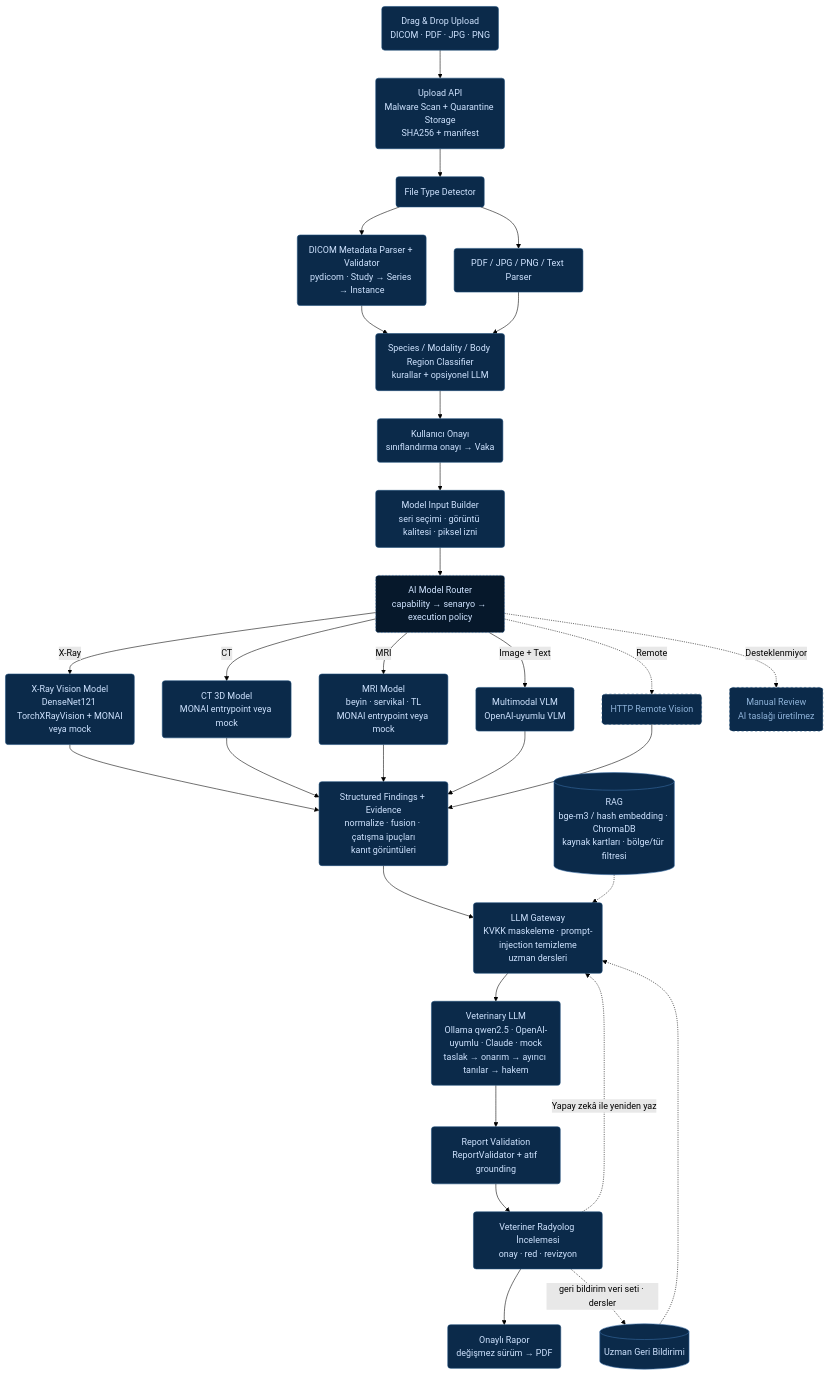
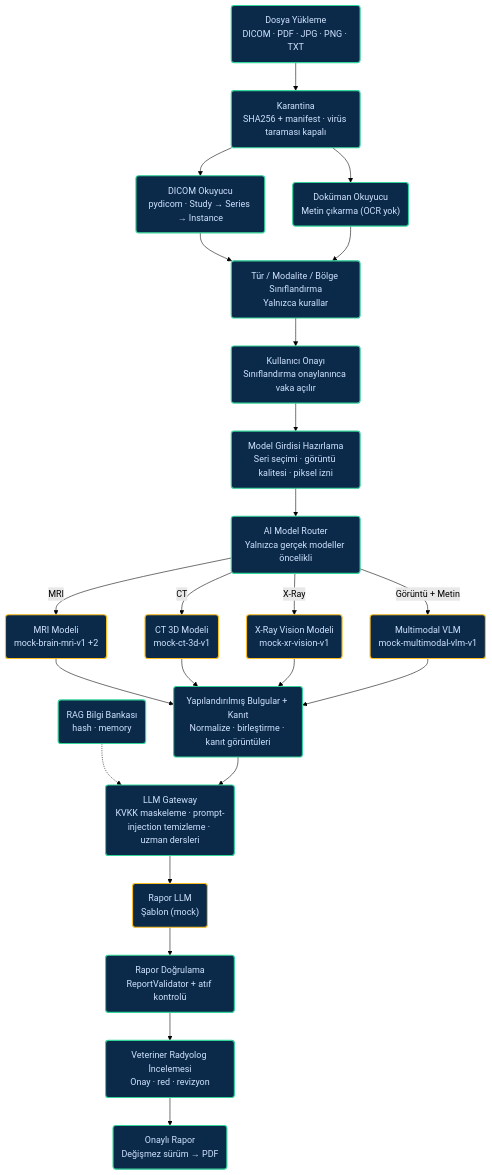
One commit to alperen585858/vetmind-ai changed the diagram in docs/AI_MIMARISI.md. Above: the diagram before and after it, drawn with Mermaid (forest theme). The commit also changed other lines of this file and 8 other files, not shown here.

First line of the commit message:
feat(architecture): diagram generated from code; GitHub keeps the doc in sync

````diff
--- a/docs/AI_MIMARISI.md
+++ b/docs/AI_MIMARISI.md
@@ -5,44 +11,50 @@
 ```mermaid
 flowchart TD
-    A("Drag & Drop Upload<br/>DICOM · PDF · JPG · PNG") --> B("Upload API<br/>Malware Scan + Quarantine Storage<br/>SHA256 + manifest")
-    B --> C("File Type Detector")
-    C --> D("DICOM Metadata Parser + Validator<br/>pydicom · Study → Series → Instance")
-    C --> E("PDF / JPG / PNG / Text Parser")
-    D --> F("Species / Modality / Body Region Classifier<br/>kurallar + opsiyonel LLM")
-    E --> F
-    F --> G("Kullanıcı Onayı<br/>sınıflandırma onayı → Vaka")
-    G --> H("Model Input Builder<br/>seri seçimi · görüntü kalitesi · piksel izni")
-    H --> R("AI Model Router<br/>capability → senaryo → execution policy")
-
-    R -->|X-Ray| X("X-Ray Vision Model<br/>DenseNet121 TorchXRayVision + MONAI<br/>veya mock")
-    R -->|CT| CT("CT 3D Model<br/>MONAI entrypoint veya mock")
-    R -->|MRI| M("MRI Model<br/>beyin · servikal · TL<br/>MONAI entrypoint veya mock")
-    R -->|Image + Text| V("Multimodal VLM<br/>OpenAI-uyumlu VLM")
-    R -.->|Remote| HV("HTTP Remote Vision")
-    R -.->|Desteklenmiyor| MRV("Manual Review<br/>AI taslağı üretilmez")
-
-    X --> N("Structured Findings + Evidence<br/>normalize · fusion · çatışma ipuçları<br/>kanıt görüntüleri")
-    CT --> N
-    M --> N
-    V --> N
-    HV --> N
-
-    N --> L("LLM Gateway<br/>KVKK maskeleme · prompt-injection temizleme<br/>uzman dersleri")
-    RAG[("RAG<br/>bge-m3 / hash embedding · ChromaDB<br/>kaynak kartları · bölge/tür filtresi")] -.-> L
-    L --> LLM("Veterinary LLM<br/>Ollama qwen2.5 · OpenAI-uyumlu · Claude · mock<br/>taslak → onarım → ayırıcı tanılar → hakem")
-    LLM --> VAL("Report Validation<br/>ReportValidator + atıf grounding")
-    VAL --> RR("Veteriner Radyolog İncelemesi<br/>onay · red · revizyon")
-    RR -.->|"Yapay zekâ ile yeniden yaz"| L
-    RR --> OK("Onaylı Rapor<br/>değişmez sürüm → PDF")
-    RR -.->|"geri bildirim veri seti · dersler"| FB[("Uzman Geri Bildirimi")]
-    FB -.-> L
-
-    classDef box fill:#0b2a4a,stroke:#1e4d7a,color:#cfe3ff;
-    classDef router fill:#06182b,stroke:#3b6ea5,color:#cfe3ff,stroke-dasharray:3 3;
-    classDef store fill:#0b2a4a,stroke:#3b6ea5,color:#cfe3ff;
-    classDef optional fill:#0b2a4a,stroke:#1e4d7a,color:#8fb3d9,stroke-dasharray:4 4;
-    class A,B,C,D,E,F,G,H,X,CT,M,V,N,L,LLM,VAL,RR,OK box;
-    class R router;
-    class RAG,FB store;
-    class HV,MRV optional;
+    upload("Dosya Yükleme<br/>DICOM · PDF · JPG · PNG · TXT")
+    quarantine("Karantina<br/>SHA256 + manifest · virüs taraması kapalı")
+    dicom_parser("DICOM Okuyucu<br/>pydicom · Study → Series → Instance")
+    doc_parser("Doküman Okuyucu<br/>Metin çıkarma (OCR yok)")
+    classifier("Tür / Modalite / Bölge Sınıflandırma<br/>Yalnızca kurallar")
+    confirm("Kullanıcı Onayı<br/>Sınıflandırma onaylanınca vaka açılır")
+    model_input("Model Girdisi Hazırlama<br/>Seri seçimi · görüntü kalitesi · piksel izni")
+    router("AI Model Router<br/>Yalnızca gerçek modeller öncelikli")
+    mri("MRI Modeli<br/>mock-brain-mri-v1 +2")
+    ct("CT 3D Modeli<br/>mock-ct-3d-v1")
+    xray("X-Ray Vision Modeli<br/>mock-xr-vision-v1")
+    document("Multimodal VLM<br/>mock-multimodal-vlm-v1")
+    findings("Yapılandırılmış Bulgular + Kanıt<br/>Normalize · birleştirme · kanıt görüntüleri")
+    gateway("LLM Gateway<br/>KVKK maskeleme · prompt-injection temizleme · uzman dersleri")
+    rag("RAG Bilgi Bankası<br/>hash · memory")
+    llm("Rapor LLM<br/>Şablon (mock)")
+    validation("Rapor Doğrulama<br/>ReportValidator + atıf kontrolü")
+    review("Veteriner Radyolog İncelemesi<br/>Onay · red · revizyon")
+    approved("Onaylı Rapor<br/>Değişmez sürüm → PDF")
+    upload --> quarantine
+    quarantine --> dicom_parser
+    quarantine --> doc_parser
+    dicom_parser --> classifier
+    doc_parser --> classifier
+    classifier --> confirm
+    confirm --> model_input
+    model_input --> router
+    router -->|"MRI"| mri
+    router -->|"CT"| ct
+    router -->|"X-Ray"| xray
+    router -->|"Görüntü + Metin"| document
+    mri --> findings
+    ct --> findings
+    xray --> findings
+    document --> findings
+    rag -.-> gateway
+    findings --> gateway
+    gateway --> llm
+    llm --> validation
+    validation --> review
+    review --> approved
+    classDef active fill:#0b2a4a,stroke:#34d399,color:#cfe3ff,stroke-width:2px;
+    classDef mock fill:#0b2a4a,stroke:#fbbf24,color:#cfe3ff,stroke-width:2px;
+    classDef fallback fill:#0b2a4a,stroke:#f97316,color:#cfe3ff,stroke-width:2px;
+    classDef off fill:#0a1e33,stroke:#64748b,color:#8fb3d9,stroke-dasharray:4 4;
+    class upload,quarantine,dicom_parser,doc_parser,classifier,confirm,model_input,router,findings,gateway,rag,validation,review,approved active;
+    class mri,ct,xray,document,llm mock;
 ```
````
